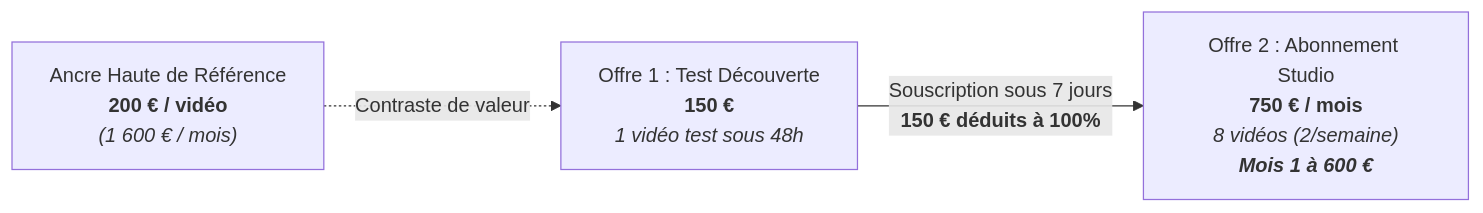
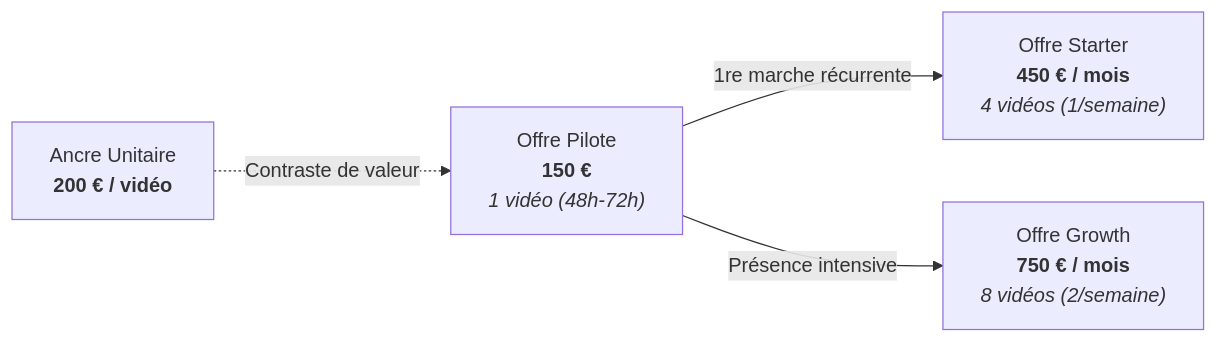
One commit to Kreesten-hsh/video changed the diagram in docs/FINANCIAL_PLAN.md. Above: the diagram before and after it, drawn with Mermaid. The commit also changed other lines of this file and 46 other files, not shown here.

Commit message:
docs(linkedin): aligner le profil, les docs, les specs et graphify suite a la mise a jour de Profile.pdf

````diff
--- a/docs/FINANCIAL_PLAN.md
+++ b/docs/FINANCIAL_PLAN.md
@@ -64,5 +61,6 @@
 ```mermaid
 flowchart LR
-    A["Ancre Haute de Référence<br><b>200 € / vidéo</b><br><i>(1 600 € / mois)</i>"] -.->|Contraste de valeur| B["Offre 1 : Test Découverte<br><b>150 €</b><br><i>1 vidéo test sous 48h</i>"]
-    B -->|Souscription sous 7 jours<br><b>150 € déduits à 100%</b>| C["Offre 2 : Abonnement Studio<br><b>750 € / mois</b><br><i>8 vidéos (2/semaine)<br><b>Mois 1 à 600 €</b></i>"]
+    A["Ancre Unitaire<br><b>200 € / vidéo</b>"] -.->|Contraste de valeur| B["Offre Pilote<br><b>150 €</b><br><i>1 vidéo (48h-72h)</i>"]
+    B -->|1re marche récurrente| C["Offre Starter<br><b>450 € / mois</b><br><i>4 vidéos (1/semaine)</i>"]
+    B -->|Présence intensive| D["Offre Growth<br><b>750 € / mois</b><br><i>8 vidéos (2/semaine)</i>"]
 ```
````
